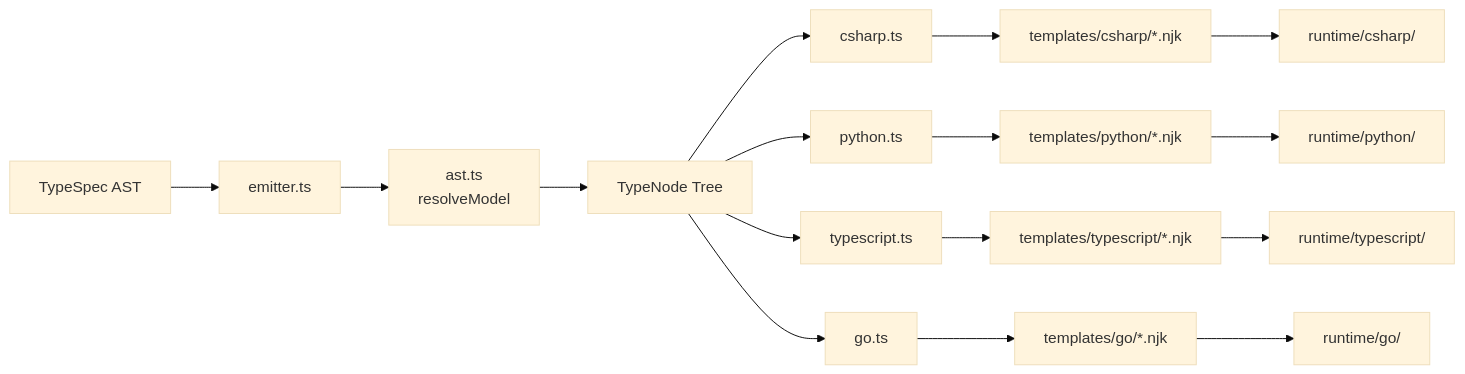
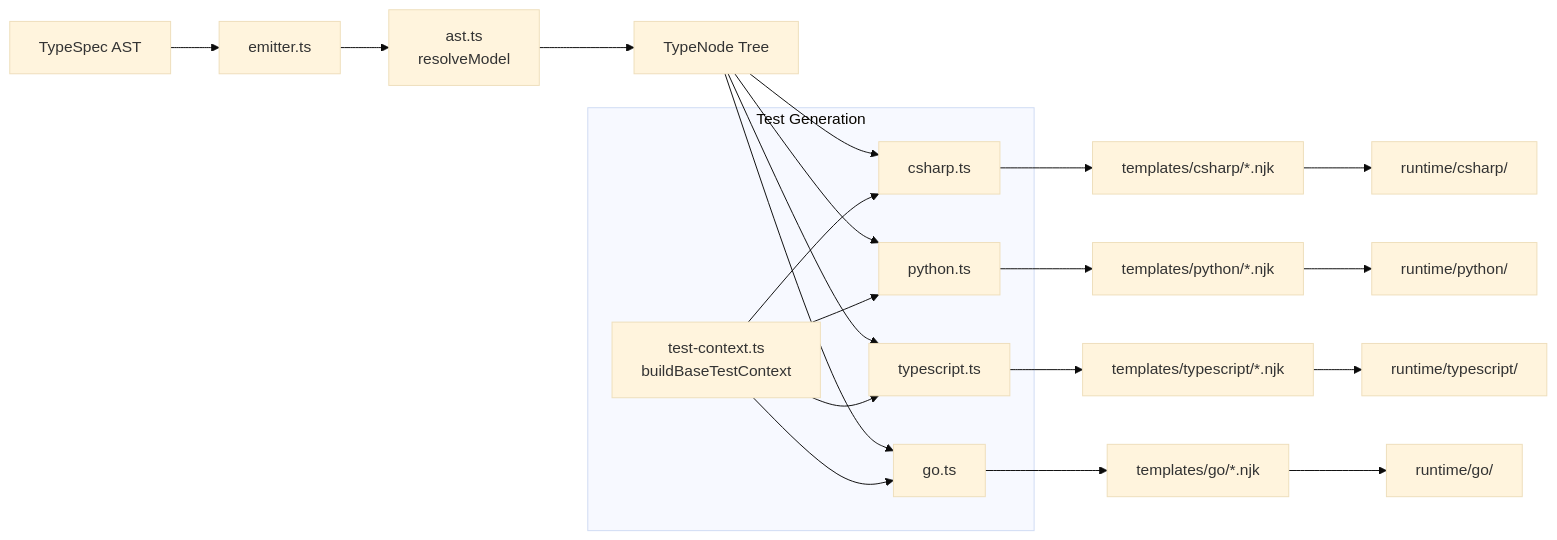
Before and after one commit to microsoft/AgentSchema: the diagram in docs/src/content/docs/contributing/emitter.mdx, drawn with Mermaid (base theme). The commit also changed other lines of this file and 157 other files, not shown here.

````diff
--- a/docs/src/content/docs/contributing/emitter.mdx
+++ b/docs/src/content/docs/contributing/emitter.mdx
@@ -36,18 +37,25 @@
 ```mermaid
 flowchart LR
     A[TypeSpec AST] --> B[emitter.ts]
     B --> C[ast.ts<br/>resolveModel]
     C --> D[TypeNode Tree]
     D --> E[csharp.ts]
     D --> F[python.ts]
     D --> G[typescript.ts]
     D --> N[go.ts]
     E --> H[templates/csharp/*.njk]
     F --> I[templates/python/*.njk]
     G --> J[templates/typescript/*.njk]
     N --> O[templates/go/*.njk]
     H --> K[runtime/csharp/]
     I --> L[runtime/python/]
     J --> M[runtime/typescript/]
     O --> P[runtime/go/]
+    
+    subgraph "Test Generation"
+        TC[test-context.ts<br/>buildBaseTestContext] --> E
+        TC --> F
+        TC --> G
+        TC --> N
+    end
 ```
````
